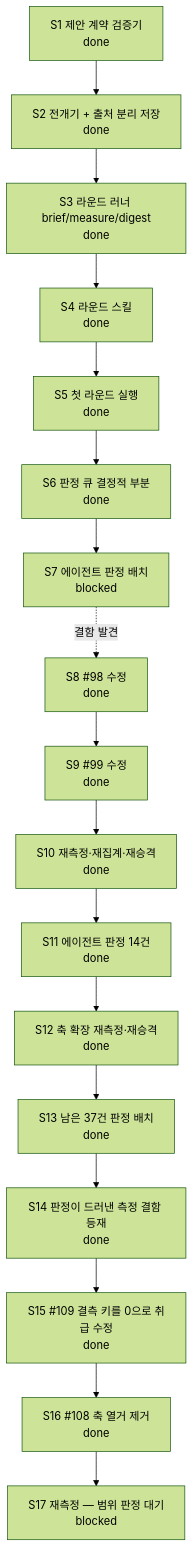
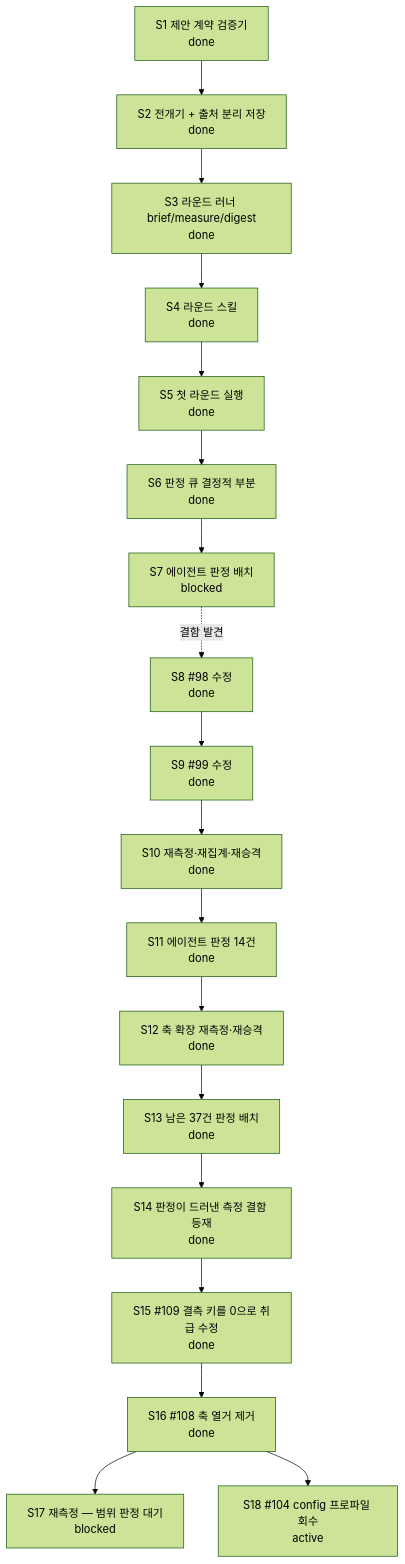
The diagram in docs/CURRENT-PLAN.md (skerfolg/poe2-ai-wiki), drawn with Mermaid (forest theme) before and after one commit. The commit also changed other lines of this file and 4 other files, not shown here.

First line of the commit message:
#104 config 프로파일 — 「못 재는 것」이 아니라 「안 켠 것」을 켠다

````diff
--- a/docs/CURRENT-PLAN.md
+++ b/docs/CURRENT-PLAN.md
@@ -23,23 +23,25 @@
 ```mermaid
 flowchart TD
   CONTRACT[S1 제안 계약 검증기<br/>done]
   FLOW[S2 전개기 + 출처 분리 저장<br/>done]
   ROUND[S3 라운드 러너 brief/measure/digest<br/>done]
   SKILL[S4 라운드 스킬<br/>done]
   FIRST[S5 첫 라운드 실행<br/>done]
   NECESS[S6 판정 큐 결정적 부분<br/>done]
   JUDGE[S7 에이전트 판정 배치<br/>blocked]
   FIX[S8 #98 수정<br/>done]
   REMEAS[S9 #99 수정<br/>done]
   REAGG[S10 재측정·재집계·재승격<br/>done]
   RESUME[S11 에이전트 판정 14건<br/>done]
   AXES[S12 축 확장 재측정·재승격<br/>done]
   NEXT2[S13 남은 37건 판정 배치<br/>done]
   DEF[S14 판정이 드러낸 측정 결함 등재<br/>done]
   FIXDELTA[S15 #109 결측 키를 0으로 취급 수정<br/>done]
   WIDEN[S16 #108 축 열거 제거<br/>done]
   REMEAS2[S17 재측정 — 범위 판정 대기<br/>blocked]
+  CFG[S18 #104 config 프로파일 회수<br/>active]
   CONTRACT --> FLOW --> ROUND --> SKILL --> FIRST --> NECESS --> JUDGE
   JUDGE -. 결함 발견 .-> FIX --> REMEAS --> REAGG --> RESUME --> AXES --> NEXT2
   NEXT2 --> DEF --> FIXDELTA --> WIDEN --> REMEAS2
+  WIDEN --> CFG
 ```
````
